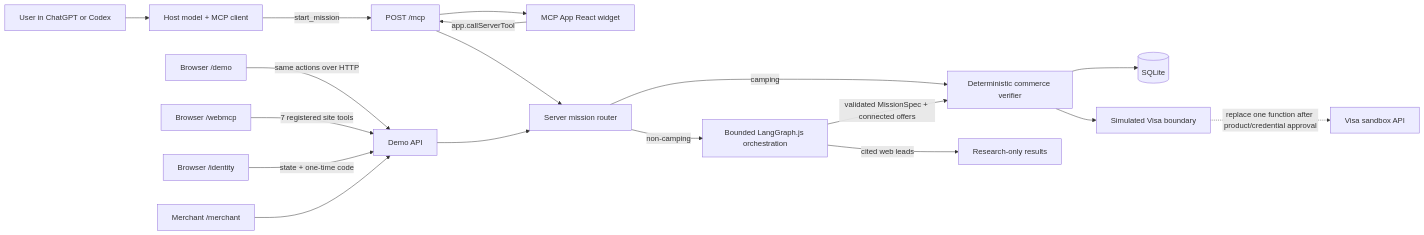
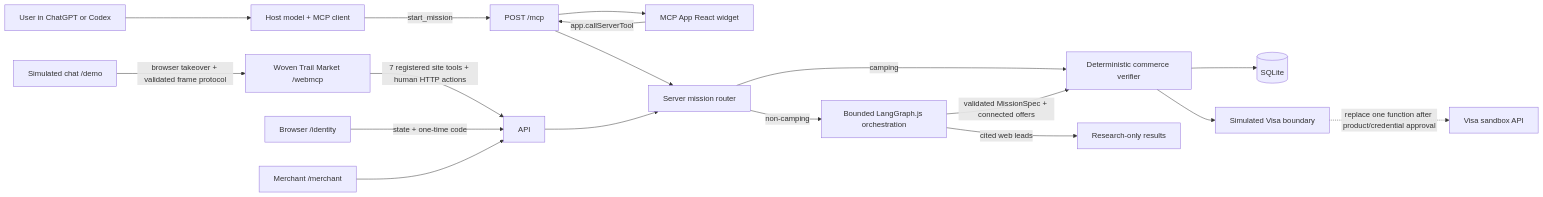
The first of 3 diagrams in docs/architecture.md (Ducksss/LifeHack-2026), drawn with Mermaid before and after one commit. The commit also changed other lines of this file and 63 other files, not shown here.

First line of the commit message:
fullstack(feat): preserve submitted WebMCP storefront

````diff
--- a/docs/architecture.md
+++ b/docs/architecture.md
@@ -12,23 +12,23 @@
 ```mermaid
 flowchart LR
   User[User in ChatGPT or Codex] --> Host[Host model + MCP client]
   Host -->|start_mission| MCP[POST /mcp]
   MCP --> Widget[MCP App React widget]
   Widget -->|app.callServerTool| MCP
 
-  Demo[Browser /demo] -->|same actions over HTTP| API[Demo API]
-  WebMCP[Browser /webmcp] -->|7 registered site tools| API
+  Demo[Simulated chat /demo] -->|browser takeover + validated frame protocol| WebMCP
+  WebMCP[Woven Trail Market /webmcp] -->|7 registered site tools + human HTTP actions| API
   Identity[Browser /identity] -->|state + one-time code| API
   Merchant[Merchant /merchant] --> API
 
   MCP --> Router[Server mission router]
   API --> Router
   Router -->|camping| Domain[Deterministic commerce verifier]
   Router -->|non-camping| Graph[Bounded LangGraph.js orchestration]
   Graph -->|validated MissionSpec + connected offers| Domain
   Graph -->|cited web leads| Research[Research-only results]
   Domain --> DB[(SQLite)]
   Domain --> Rail[Simulated Visa boundary]
 
   Rail -. replace one function after product/credential approval .-> Visa[Visa sandbox API]
 ```
````
